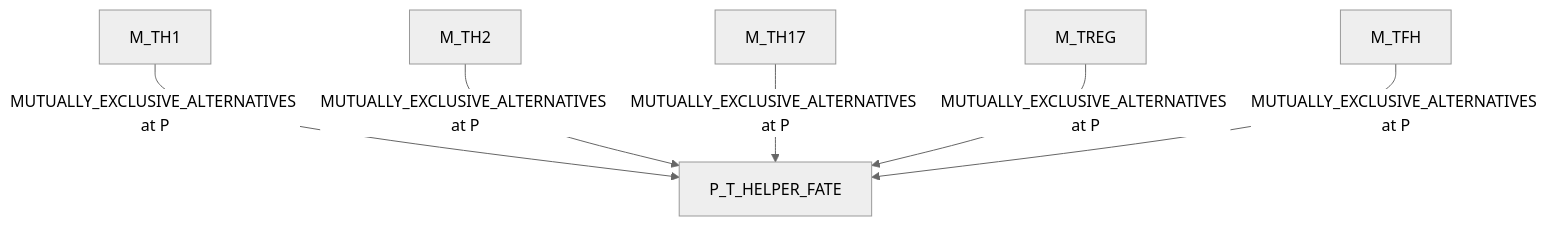
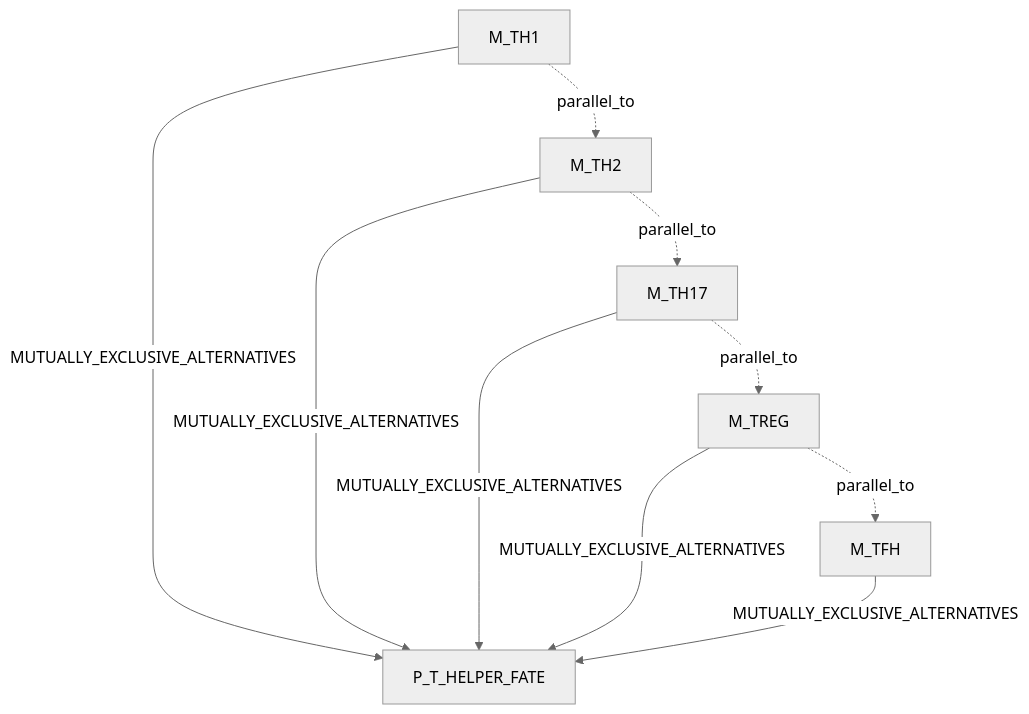
The ninth of 10 diagrams in ingest/CLAIM_OBJECT_MECHANISM_DAG_EXAMPLES.md (eliannaqk/bioKG), drawn with Mermaid (neutral theme) before and after one commit. The commit also changed other lines of this file and 5 other files, not shown here.

````diff
--- a/ingest/CLAIM_OBJECT_MECHANISM_DAG_EXAMPLES.md
+++ b/ingest/CLAIM_OBJECT_MECHANISM_DAG_EXAMPLES.md
@@ -336,15 +530,20 @@
 ```mermaid
 flowchart TD
-  P["P_T_HELPER_FATE"]
   A["M_TH1"]
   B["M_TH2"]
   C["M_TH17"]
   D["M_TREG"]
   E["M_TFH"]
+  P["P_T_HELPER_FATE"]
 
-  A -- "MUTUALLY_EXCLUSIVE_ALTERNATIVES at P" --> P
-  B -- "MUTUALLY_EXCLUSIVE_ALTERNATIVES at P" --> P
-  C -- "MUTUALLY_EXCLUSIVE_ALTERNATIVES at P" --> P
-  D -- "MUTUALLY_EXCLUSIVE_ALTERNATIVES at P" --> P
-  E -- "MUTUALLY_EXCLUSIVE_ALTERNATIVES at P" --> P
+  A -- "MUTUALLY_EXCLUSIVE_ALTERNATIVES" --> P
+  B -- "MUTUALLY_EXCLUSIVE_ALTERNATIVES" --> P
+  C -- "MUTUALLY_EXCLUSIVE_ALTERNATIVES" --> P
+  D -- "MUTUALLY_EXCLUSIVE_ALTERNATIVES" --> P
+  E -- "MUTUALLY_EXCLUSIVE_ALTERNATIVES" --> P
+
+  A -. "parallel_to" .-> B
+  B -. "parallel_to" .-> C
+  C -. "parallel_to" .-> D
+  D -. "parallel_to" .-> E
 ```
````
